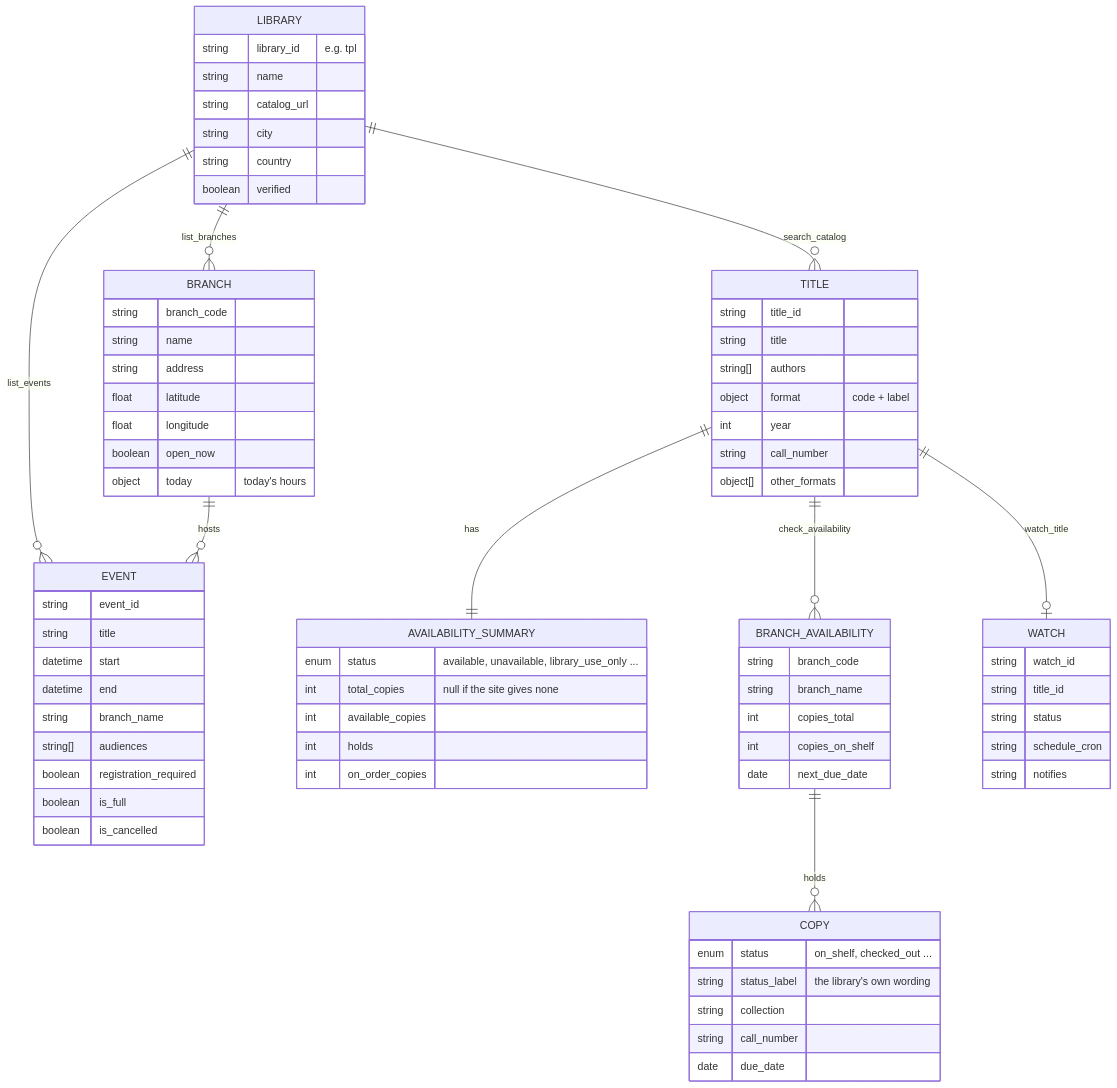
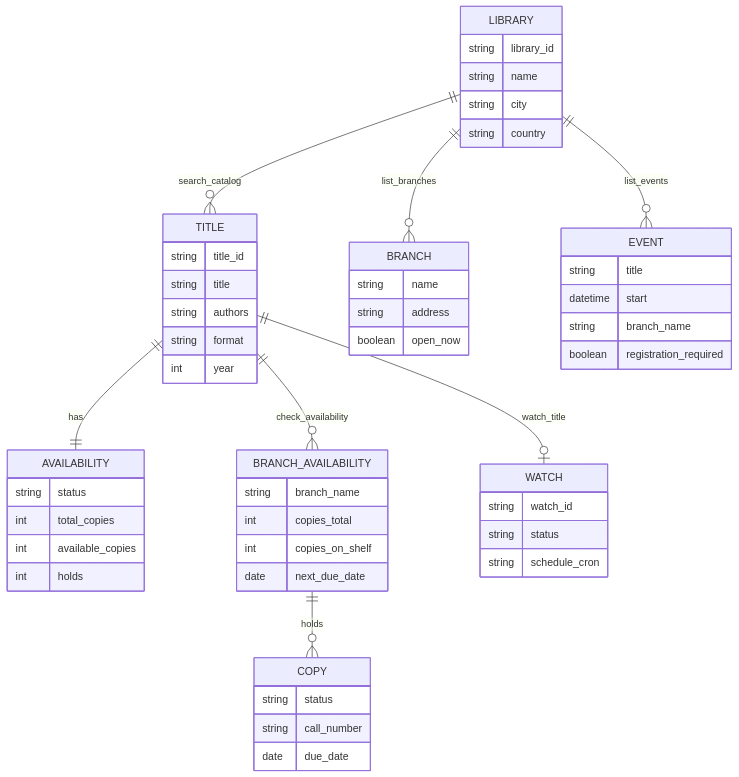
One commit to VivekSalwan2000/stacks-mcp changed the sixth of 6 diagrams in README.md. Above: the diagram before and after it, drawn with Mermaid. The commit also changed other lines of this file and 4 other files, not shown here.

````diff
--- a/README.md
+++ b/README.md
@@ -543,77 +373,57 @@
 ```mermaid
 erDiagram
   LIBRARY ||--o{ TITLE : "search_catalog"
   LIBRARY ||--o{ BRANCH : "list_branches"
   LIBRARY ||--o{ EVENT : "list_events"
-  TITLE ||--|| AVAILABILITY_SUMMARY : has
+  TITLE ||--|| AVAILABILITY : has
   TITLE ||--o{ BRANCH_AVAILABILITY : "check_availability"
   BRANCH_AVAILABILITY ||--o{ COPY : holds
   TITLE ||--o| WATCH : "watch_title"
-  BRANCH ||--o{ EVENT : hosts
 
   LIBRARY {
-    string library_id "e.g. tpl"
+    string library_id
     string name
-    string catalog_url
     string city
     string country
-    boolean verified
   }
   TITLE {
     string title_id
     string title
-    string[] authors
-    object format "code + label"
+    string authors
+    string format
     int year
-    string call_number
-    object[] other_formats
   }
-  AVAILABILITY_SUMMARY {
-    enum status "available, unavailable, library_use_only ..."
-    int total_copies "null if the site gives none"
+  AVAILABILITY {
+    string status
+    int total_copies
     int available_copies
     int holds
-    int on_order_copies
   }
   BRANCH_AVAILABILITY {
-    string branch_code
     string branch_name
     int copies_total
     int copies_on_shelf
     date next_due_date
   }
   COPY {
-    enum status "on_shelf, checked_out ..."
-    string status_label "the library's own wording"
-    string collection
+    string status
     string call_number
     date due_date
   }
   BRANCH {
-    string branch_code
     string name
     string address
-    float latitude
-    float longitude
     boolean open_now
-    object today "today's hours"
   }
   EVENT {
-    string event_id
     string title
     datetime start
-    datetime end
     string branch_name
-    string[] audiences
     boolean registration_required
-    boolean is_full
-    boolean is_cancelled
   }
   WATCH {
     string watch_id
-    string title_id
     string status
     string schedule_cron
-    string notifies
   }
 ```
````
